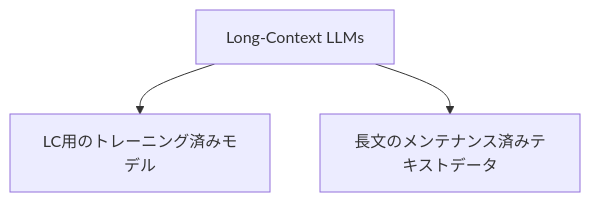
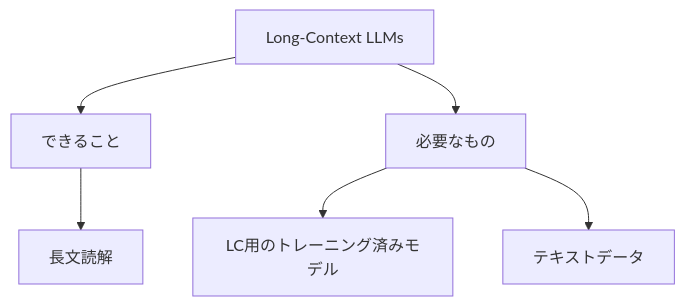
One commit to SparklingDetergent/doc_genai_Proposal_for_introducing_generative_AI_with_emphasis_on_safety changed the ninth of 13 diagrams in README.md. Above: the diagram before and after it, drawn with Mermaid. The commit also changed other lines of this file, not shown here.

````diff
--- a/README.md
+++ b/README.md
@@ -328,6 +432,8 @@
 ```mermaid
-graph TD;
-    B[Long-Context LLMs];
-    B --> C[LC用のトレーニング済みモデル];
-    B --> D[長文のメンテナンス済みテキストデータ];
+graph TD
+    A[Long-Context LLMs] --> B[できること]
+    B --> C[長文読解]
+    A --> D[必要なもの]
+    D --> E[LC用のトレーニング済みモデル]
+    D --> F[テキストデータ]
 ```
````
